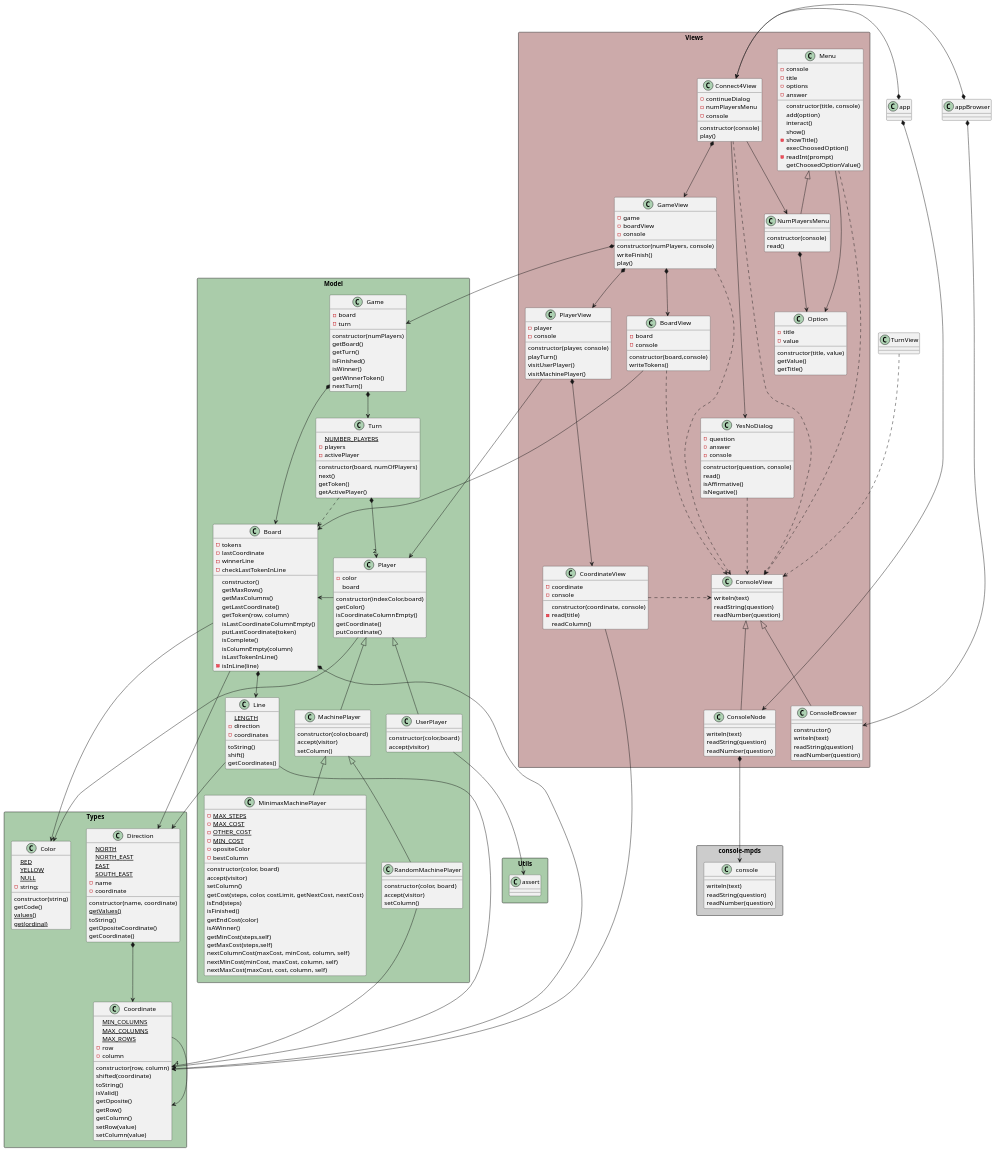
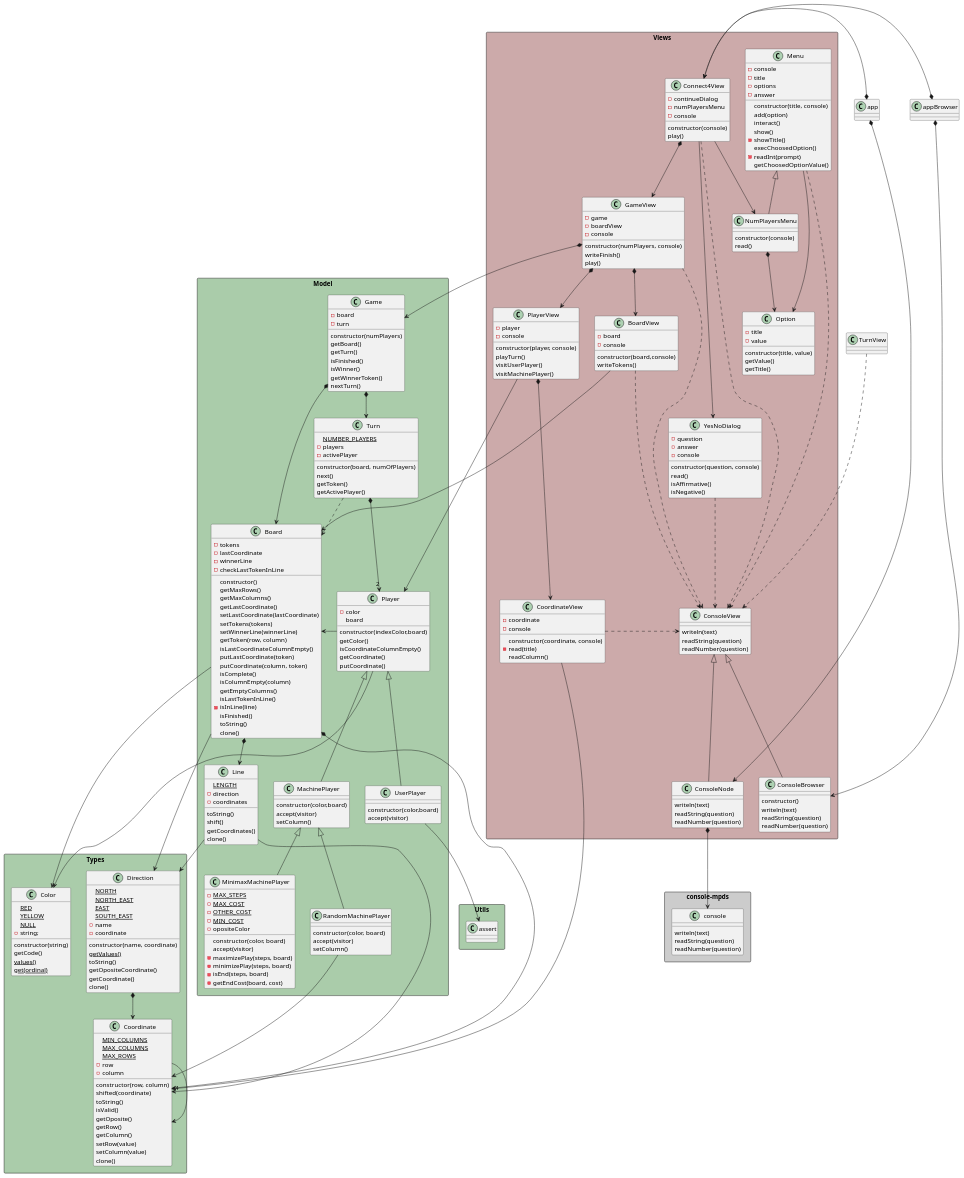
Before and after one commit to mpaulaherrero/escuelaIT: the diagram in game-connect4/docs/diagrams/objectOriented/classNotation/class diagram.plantuml, drawn with PlantUML. The commit also changed 7 other files, not shown here.

Commit message:
clone board, mejor minimax algoritmo

```diff
--- a/game-connect4/docs/diagrams/objectOriented/classNotation/class diagram.plantuml
+++ b/game-connect4/docs/diagrams/objectOriented/classNotation/class diagram.plantuml
@@ -24,6 +24,7 @@
         getColumn()
         setRow(value)
         setColumn(value)
+        clone()
     }
 
     class Direction {
@@ -38,6 +39,7 @@
         toString()
         getOpositeCoordinate()
         getCoordinate()
+        clone()
     }
 
     class Color {
@@ -66,14 +68,22 @@
         getMaxRows()
         getMaxColumns()
         getLastCoordinate()
+        setLastCoordinate(lastCoordinate)
+        setTokens(tokens)
+        setWinnerLine(winnerLine)
         getToken(row, column)
         isLastCoordinateColumnEmpty()
         putLastCoordinate(token)
+        putCoordinate(column, token)
         isComplete()
         isColumnEmpty(column)
+        getEmptyColumns()
         isLastTokenInLine()
         -checkLastTokenInLine
         -isInLine(line)
+        isFinished()
+        toString()
+        clone()
     }
 
     class Game {
@@ -95,6 +105,7 @@
         toString()
         shift()
         getCoordinates()
+        clone()
     }
 
     class Player{
@@ -130,20 +141,12 @@
         {static} -OTHER_COST 
         {static} -MIN_COST
         -opositeColor
-        -bestColumn
         constructor(color, board)
         accept(visitor)    
-        setColumn()
-        getCost(steps, color, costLimit, getNextCost, nextCost)
-        isEnd(steps)
-        isFinished()
-        getEndCost(color)
-        isAWinner()
-        getMinCost(steps,self)
-        getMaxCost(steps,self)
-        nextColumnCost(maxCost, minCost, column, self)
-        nextMinCost(minCost, maxCost, column, self)
-        nextMaxCost(maxCost, cost, column, self)
+        -maximizePlay(steps, board)
+        -minimizePlay(steps, board)
+        -isEnd(steps, board)
+        -getEndCost(board, cost)
     }  
 
     class Turn{
```
